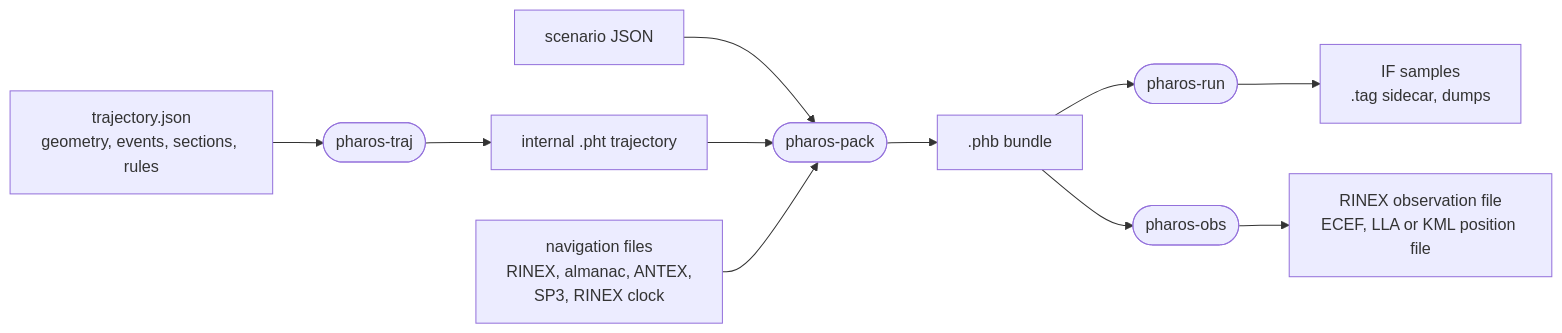
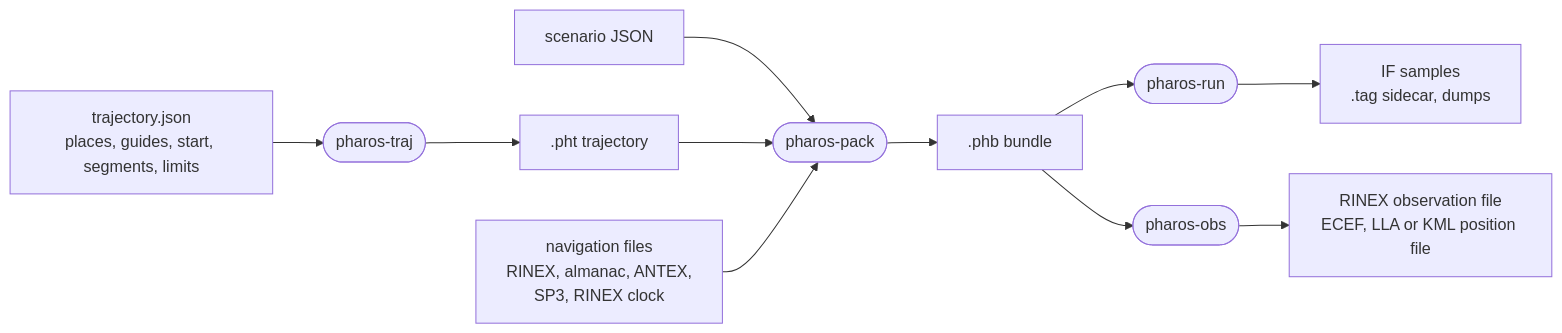
One commit to EEddeenn/Pharos changed the first of 2 diagrams in docs/guide/overview.md. Above: the diagram before and after it, drawn with Mermaid. The commit also changed other lines of this file and 48 other files, not shown here.

````diff
--- a/docs/guide/overview.md
+++ b/docs/guide/overview.md
@@ -10,13 +10,13 @@
 ```mermaid
 flowchart LR
-    plan["trajectory.json<br/>geometry, events, sections, rules"] --> traj(["pharos-traj"])
-    traj --> pht["internal .pht trajectory"]
+    plan["trajectory.json<br/>places, guides, start, segments, limits"] --> traj(["pharos-traj"])
+    traj --> pht[".pht trajectory"]
     scenario["scenario JSON"] --> pack(["pharos-pack"])
     pht --> pack
     nav["navigation files<br/>RINEX, almanac, ANTEX,<br/>SP3, RINEX clock"] --> pack
     pack --> phb[".phb bundle"]
     phb --> run(["pharos-run"])
     phb --> obs(["pharos-obs"])
     run --> samples["IF samples<br/>.tag sidecar, dumps"]
     obs --> files["RINEX observation file<br/>ECEF, LLA or KML position file"]
 ```
````
